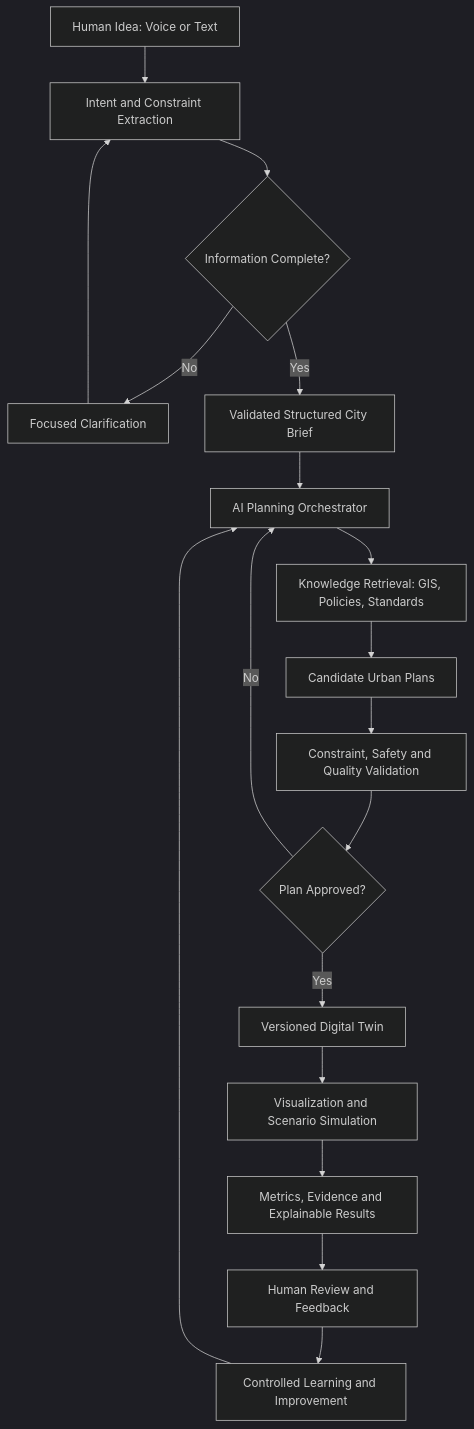
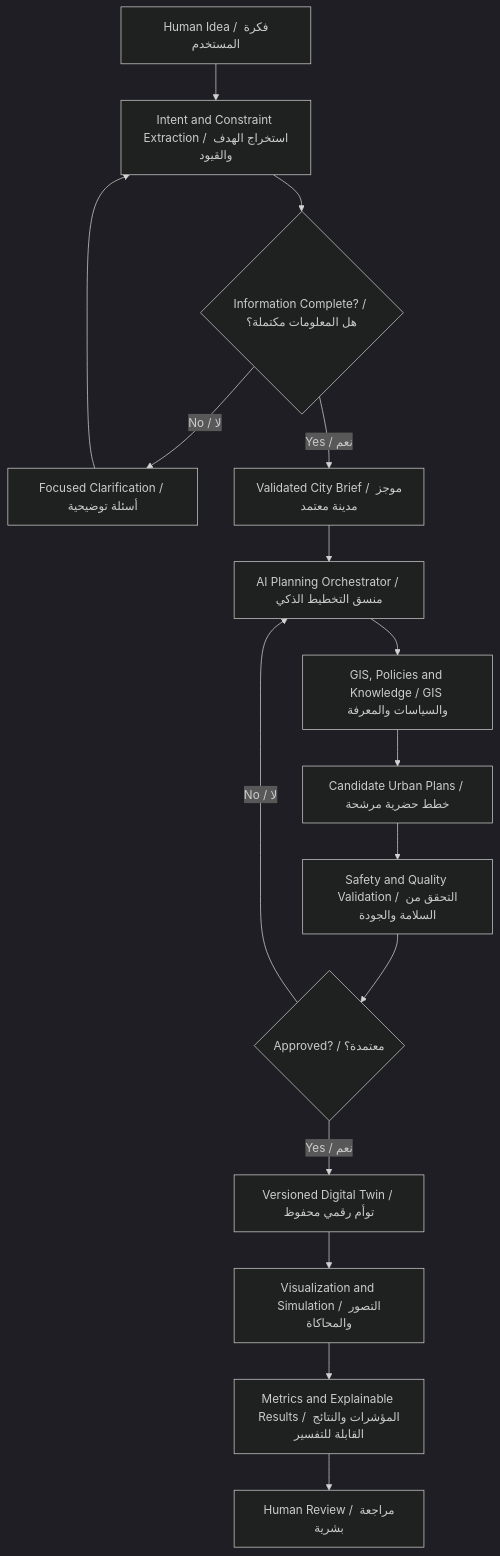
Before and after one commit to 1o8t/AI-Future-Lab: the first of 2 diagrams in README.md, drawn with Mermaid (dark theme). The commit also changed other lines of this file, not shown here.

````diff
--- a/README.md
+++ b/README.md
@@ -42,20 +67,18 @@
 ```mermaid
 flowchart TD
-    A[Human Idea: Voice or Text] --> B[Intent and Constraint Extraction]
-    B --> C{Information Complete?}
-    C -- No --> D[Focused Clarification]
+    A[Human Idea / فكرة المستخدم] --> B[Intent and Constraint Extraction / استخراج الهدف والقيود]
+    B --> C{Information Complete? / هل المعلومات مكتملة؟}
+    C -- No / لا --> D[Focused Clarification / أسئلة توضيحية]
     D --> B
-    C -- Yes --> E[Validated Structured City Brief]
-    E --> F[AI Planning Orchestrator]
-    F --> G[Knowledge Retrieval: GIS, Policies, Standards]
-    G --> H[Candidate Urban Plans]
-    H --> I[Constraint, Safety and Quality Validation]
-    I --> J{Plan Approved?}
-    J -- No --> F
-    J -- Yes --> K[Versioned Digital Twin]
-    K --> L[Visualization and Scenario Simulation]
-    L --> M[Metrics, Evidence and Explainable Results]
-    M --> N[Human Review and Feedback]
-    N --> O[Controlled Learning and Improvement]
-    O --> F
+    C -- Yes / نعم --> E[Validated City Brief / موجز مدينة معتمد]
+    E --> F[AI Planning Orchestrator / منسق التخطيط الذكي]
+    F --> G[GIS, Policies and Knowledge / GIS والسياسات والمعرفة]
+    G --> H[Candidate Urban Plans / خطط حضرية مرشحة]
+    H --> I[Safety and Quality Validation / التحقق من السلامة والجودة]
+    I --> J{Approved? / معتمدة؟}
+    J -- No / لا --> F
+    J -- Yes / نعم --> K[Versioned Digital Twin / توأم رقمي محفوظ]
+    K --> L[Visualization and Simulation / التصور والمحاكاة]
+    L --> M[Metrics and Explainable Results / المؤشرات والنتائج القابلة للتفسير]
+    M --> N[Human Review / مراجعة بشرية]
 ```
````
